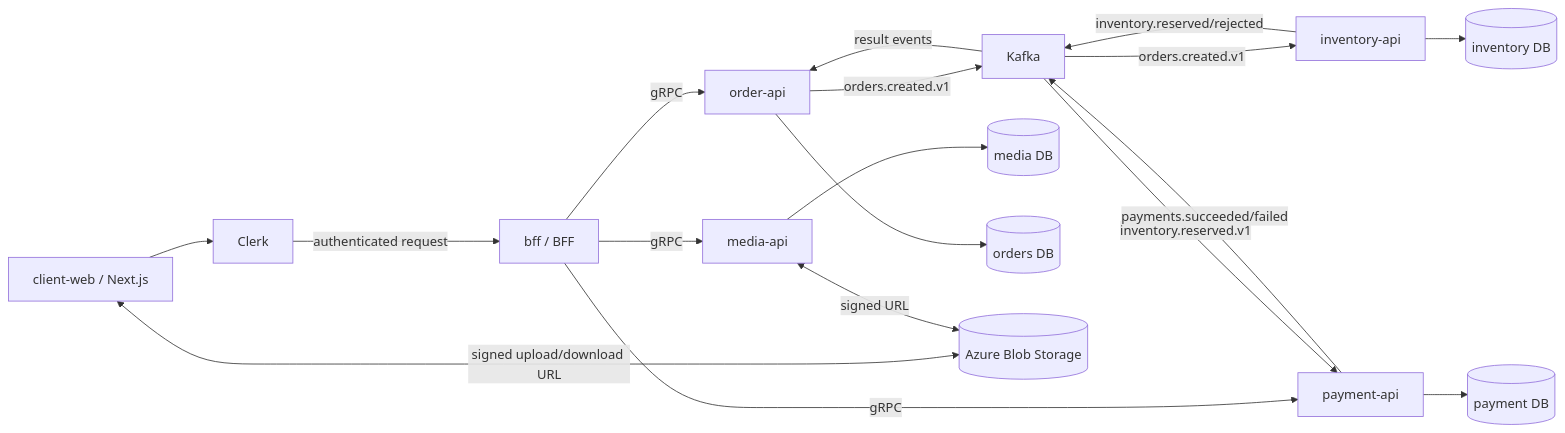
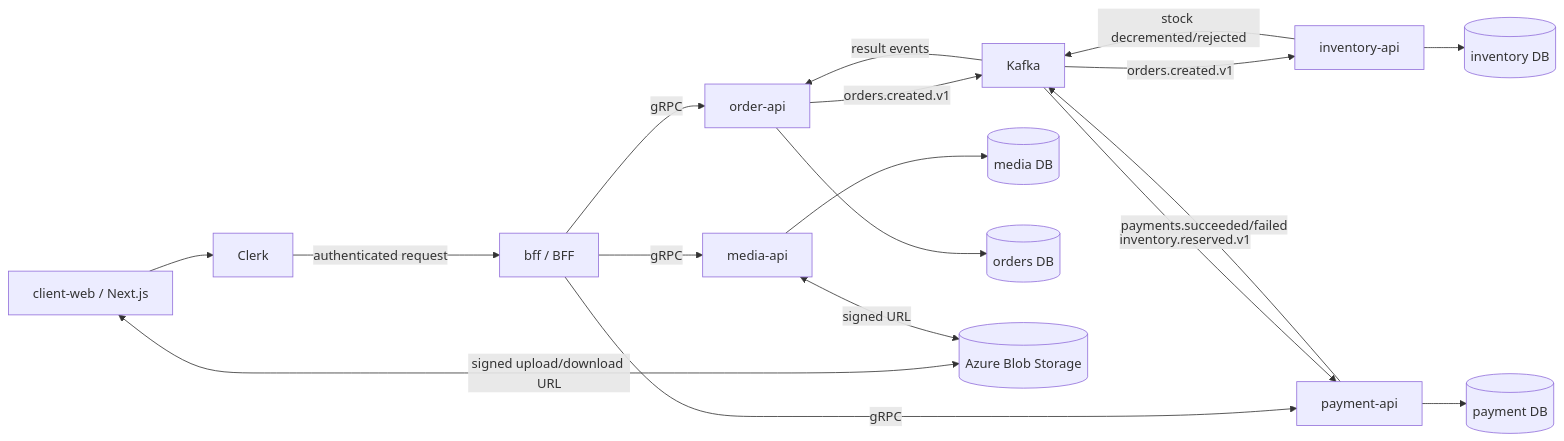
Before and after one commit to asamigentoku/PinguCoin: the diagram in docs/ARCHITECTURE.md, drawn with Mermaid. The commit also changed other lines of this file and 15 other files, not shown here.

````diff
--- a/docs/ARCHITECTURE.md
+++ b/docs/ARCHITECTURE.md
@@ -3,20 +3,20 @@
 ```mermaid
 flowchart LR
     Web[client-web / Next.js] --> Clerk[Clerk]
     Clerk -->|authenticated request| BFF[bff / BFF]
     BFF -->|gRPC| Media[media-api]
     BFF -->|gRPC| Order[order-api]
     BFF -->|gRPC| Payment[payment-api]
-    Order -->|orders.created.v1| Kafka[Kafka]
-    Kafka -->|orders.created.v1| Inventory[inventory-api]
-    Inventory -->|inventory.reserved/rejected| Kafka
+Order -->|orders.created.v1| Kafka[Kafka]
+Kafka -->|orders.created.v1| Inventory[inventory-api]
+Inventory -->|stock decremented/rejected| Kafka
     Kafka -->|inventory.reserved.v1| Payment
     Payment -->|payments.succeeded/failed| Kafka
     Kafka -->|result events| Order
     Media --> MediaDB[(media DB)]
     Inventory --> InventoryDB[(inventory DB)]
     Payment --> PaymentDB[(payment DB)]
     Order --> OrderDB[(orders DB)]
     Web <-->|signed upload/download URL| Blob[(Azure Blob Storage)]
     Media <-->|signed URL| Blob
 ```
````
